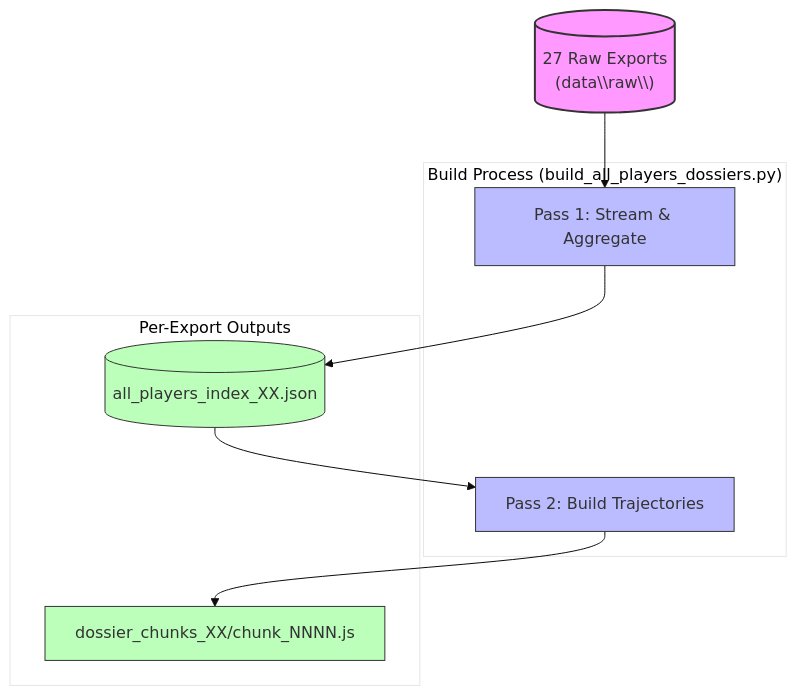
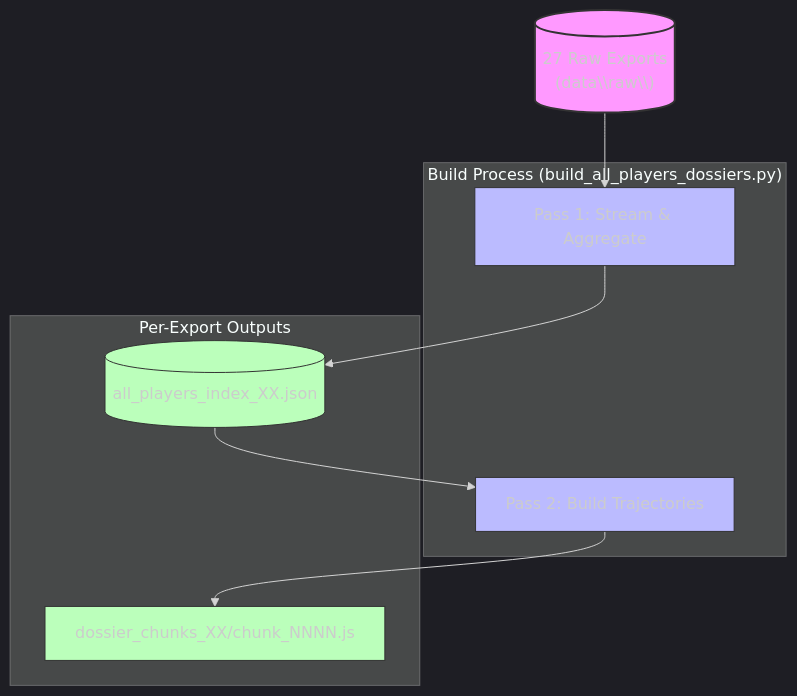
The second of 5 diagrams in workspace_map.md (MagusZealot/OG-Product-BI), drawn with Mermaid before and after one commit. The commit also changed other lines of this file, not shown here.

Commit message:
Update mermaid diagrams to use dark theme settings

````diff
--- a/workspace_map.md
+++ b/workspace_map.md
@@ -357,26 +357,26 @@
 ```mermaid
-%%{init: {'theme': 'base', 'themeVariables': { 'primaryColor': '#ffffff', 'primaryShapeFill': '#ff0000', 'fontFamily': 'sans-serif' }}}%%
+%%{init: {'theme': 'dark', 'themeVariables': { 'fontFamily': 'sans-serif' }}}%%
 flowchart TD
     subgraph Build["Build Process (build_all_players_dossiers.py)"]
         Pass1[Pass 1: Stream & Aggregate]
         Pass2[Pass 2: Build Trajectories]
     end
 
     subgraph Outputs["Per-Export Outputs"]
         Index[(all_players_index_XX.json)]
         Chunks[dossier_chunks_XX/chunk_NNNN.js]
     end
 
     RawExports[("27 Raw Exports\n(data\\raw\\)")] --> Pass1
     Pass1 --> Index
     Index --> Pass2
     Pass2 --> Chunks
 
     classDef build fill:#bbf,stroke:#333;
     classDef output fill:#bfb,stroke:#333;
     classDef raw fill:#f9f,stroke:#333,stroke-width:2px;
 
     class Pass1,Pass2 build;
     class Index,Chunks output;
     class RawExports raw;
 ```
````
